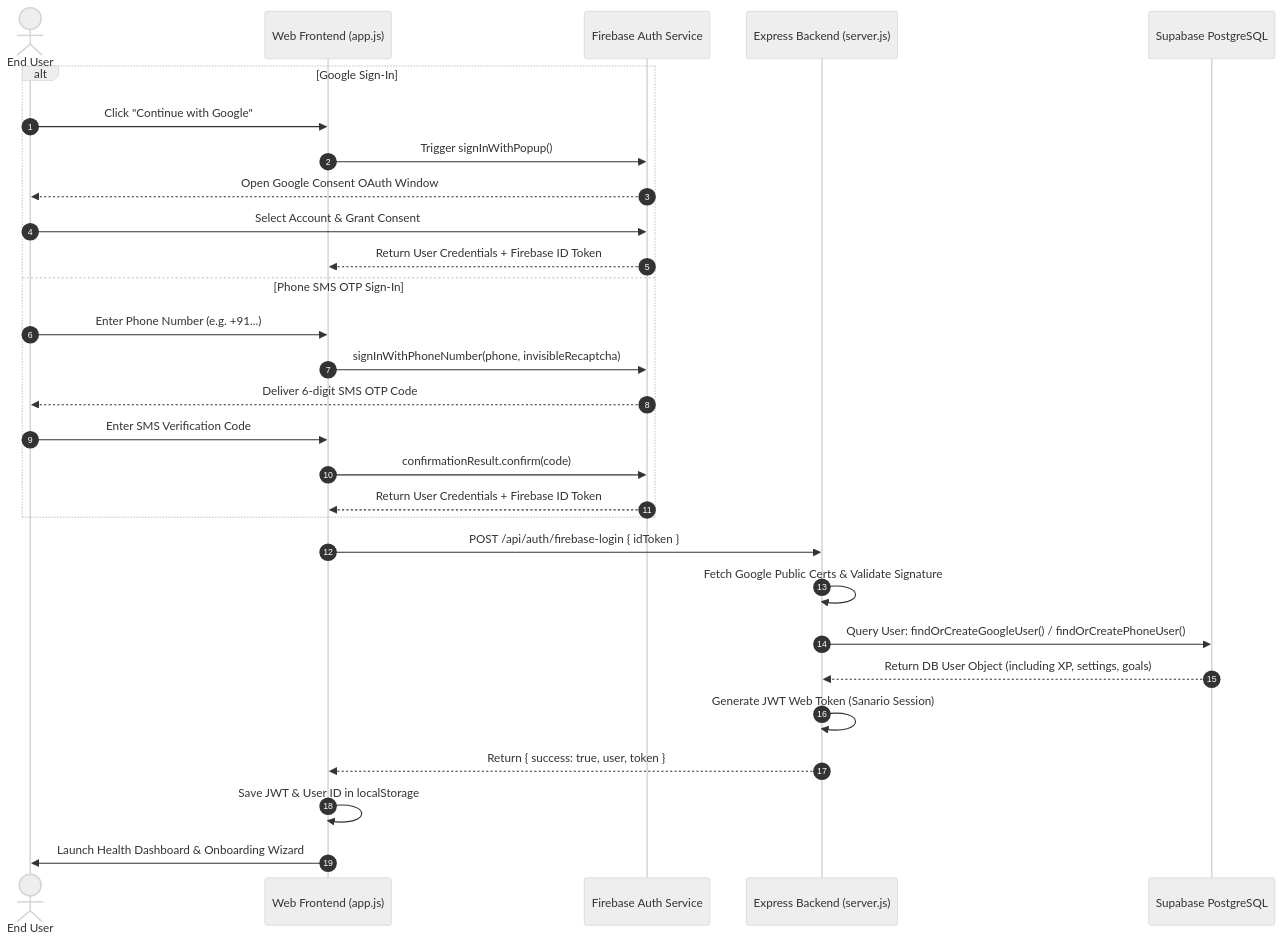
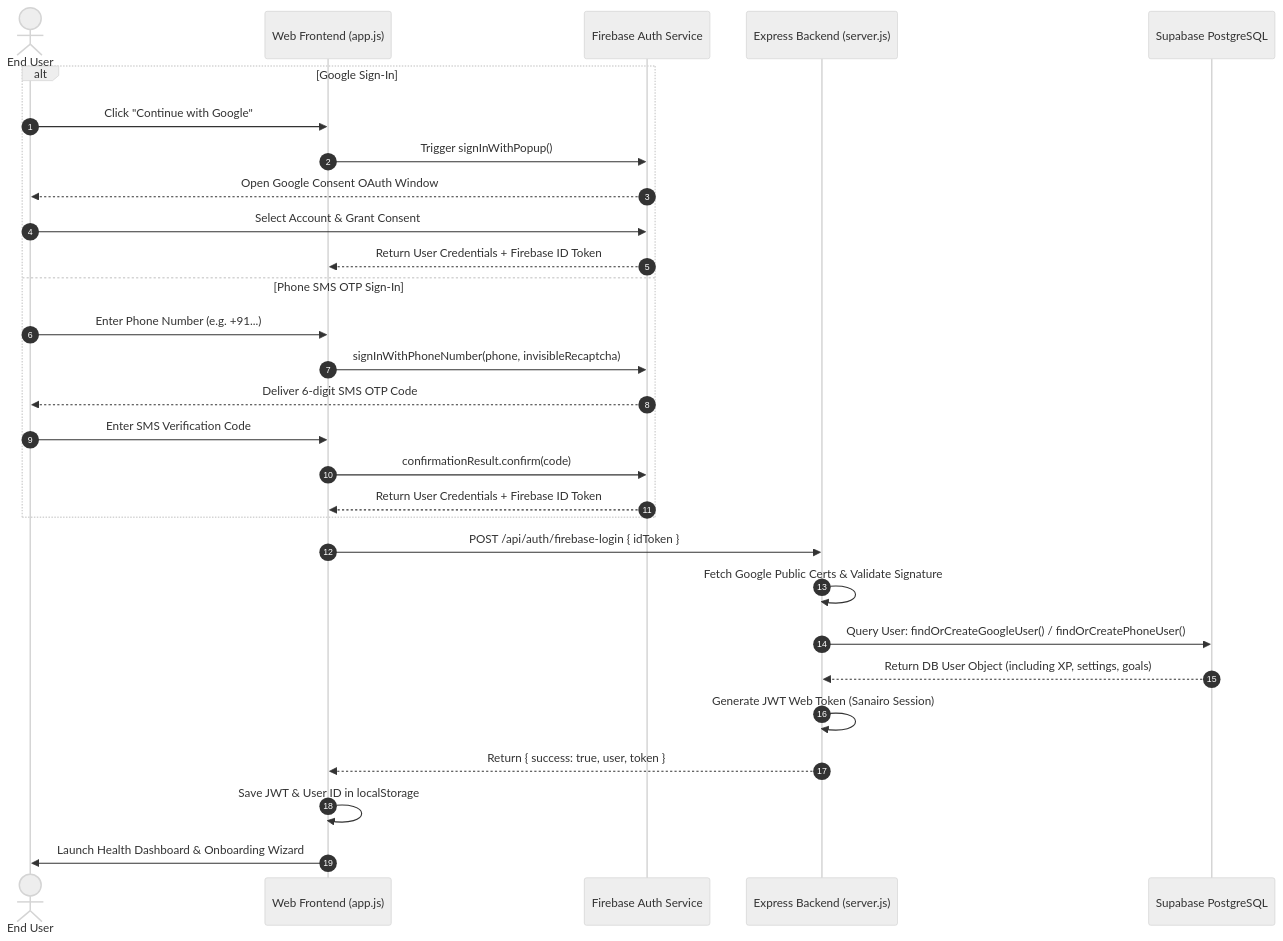
Before and after one commit to Youngmaster0304/sanario: the second of 2 diagrams in README.md, drawn with Mermaid (neutral theme). The commit also changed other lines of this file and 15 other files, not shown here.

Commit message:
Change project name and brand name from Sanario to Sanairo

````diff
--- a/README.md
+++ b/README.md
@@ -65,33 +65,33 @@
 ```mermaid
 sequenceDiagram
   autonumber
   actor User as End User
   participant App as Web Frontend (app.js)
   participant Firebase as Firebase Auth Service
   participant Server as Express Backend (server.js)
   participant DB as Supabase PostgreSQL
 
   alt Google Sign-In
     User->>App: Click "Continue with Google"
     App->>Firebase: Trigger signInWithPopup()
     Firebase-->>User: Open Google Consent OAuth Window
     User->>Firebase: Select Account & Grant Consent
     Firebase-->>App: Return User Credentials + Firebase ID Token
   else Phone SMS OTP Sign-In
     User->>App: Enter Phone Number (e.g. +91...)
     App->>Firebase: signInWithPhoneNumber(phone, invisibleRecaptcha)
     Firebase-->>User: Deliver 6-digit SMS OTP Code
     User->>App: Enter SMS Verification Code
     App->>Firebase: confirmationResult.confirm(code)
     Firebase-->>App: Return User Credentials + Firebase ID Token
   end
 
   App->>Server: POST /api/auth/firebase-login { idToken }
   Server->>Server: Fetch Google Public Certs & Validate Signature
   Server->>DB: Query User: findOrCreateGoogleUser() / findOrCreatePhoneUser()
   DB-->>Server: Return DB User Object (including XP, settings, goals)
-  Server->>Server: Generate JWT Web Token (Sanario Session)
+  Server->>Server: Generate JWT Web Token (Sanairo Session)
   Server-->>App: Return { success: true, user, token }
   App->>App: Save JWT & User ID in localStorage
   App->>User: Launch Health Dashboard & Onboarding Wizard
 ```
````
